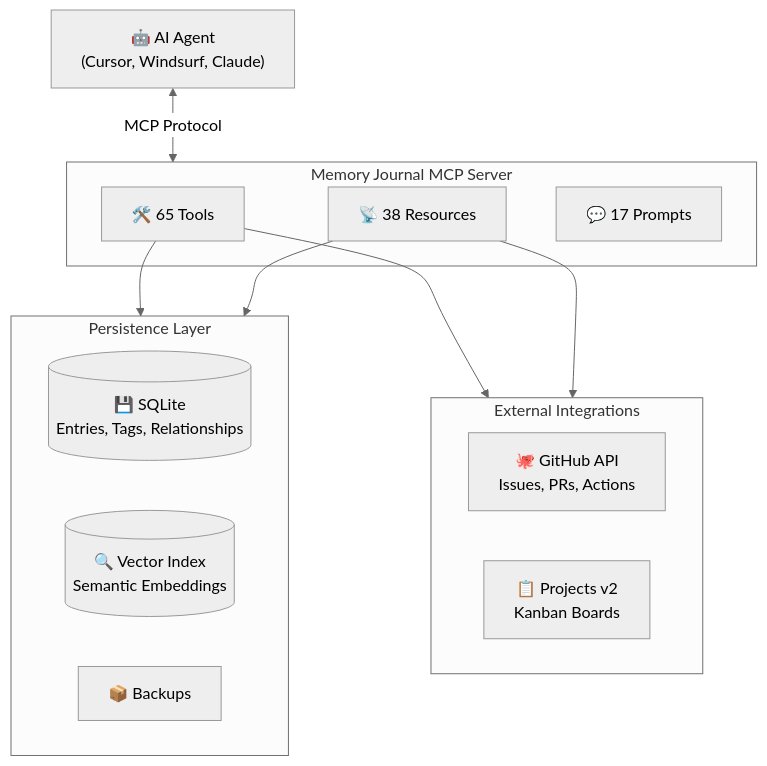
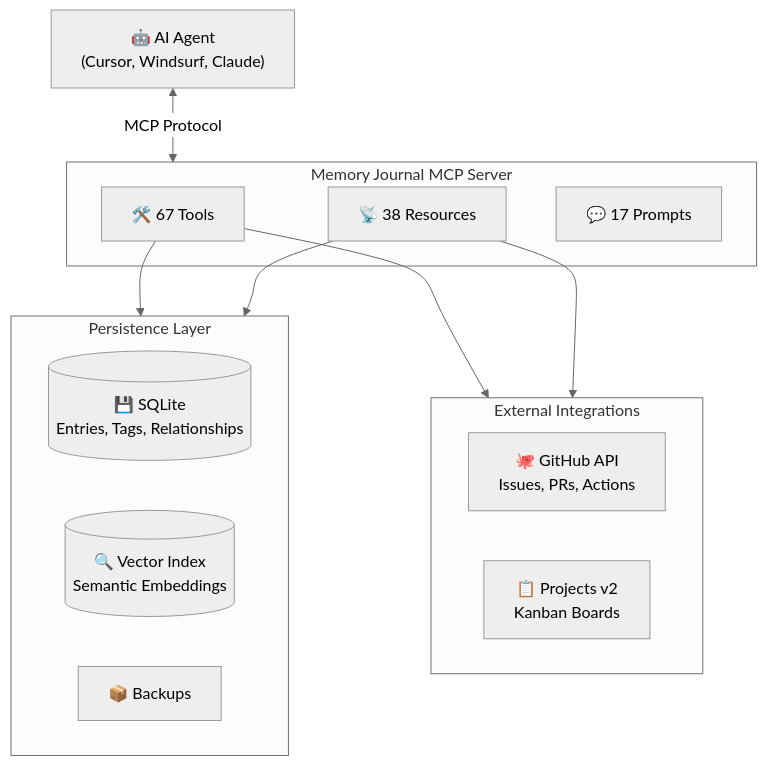
Before and after one commit to neverinfamous/memory-journal-mcp: the second of 2 diagrams in README.md, drawn with Mermaid (neutral theme). The commit also changed other lines of this file and 18 other files, not shown here.

````diff
--- a/README.md
+++ b/README.md
@@ -628,27 +628,27 @@
 ```mermaid
 flowchart TB
     AI["🤖 AI Agent<br/>(Cursor, Windsurf, Claude)"]
 
     subgraph MCP["Memory Journal MCP Server"]
-        Tools["🛠️ 65 Tools"]
+        Tools["🛠️ 67 Tools"]
         Resources["📡 38 Resources"]
         Prompts["💬 17 Prompts"]
     end
 
     subgraph Storage["Persistence Layer"]
         SQLite[("💾 SQLite<br/>Entries, Tags, Relationships")]
         Vector[("🔍 Vector Index<br/>Semantic Embeddings")]
         Backups["📦 Backups"]
     end
 
     subgraph External["External Integrations"]
         GitHub["🐙 GitHub API<br/>Issues, PRs, Actions"]
         Kanban["📋 Projects v2<br/>Kanban Boards"]
     end
 
     AI <-->|"MCP Protocol"| MCP
     Tools --> Storage
     Tools --> External
     Resources --> Storage
     Resources --> External
 ```
````
